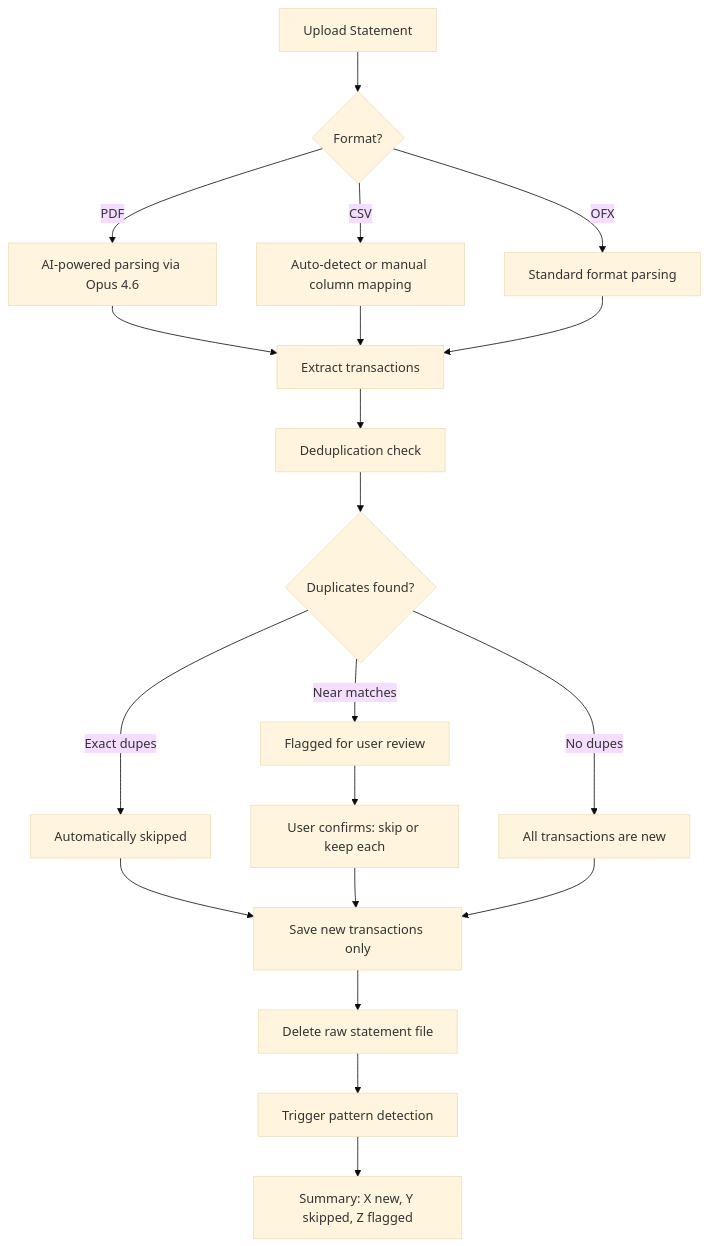
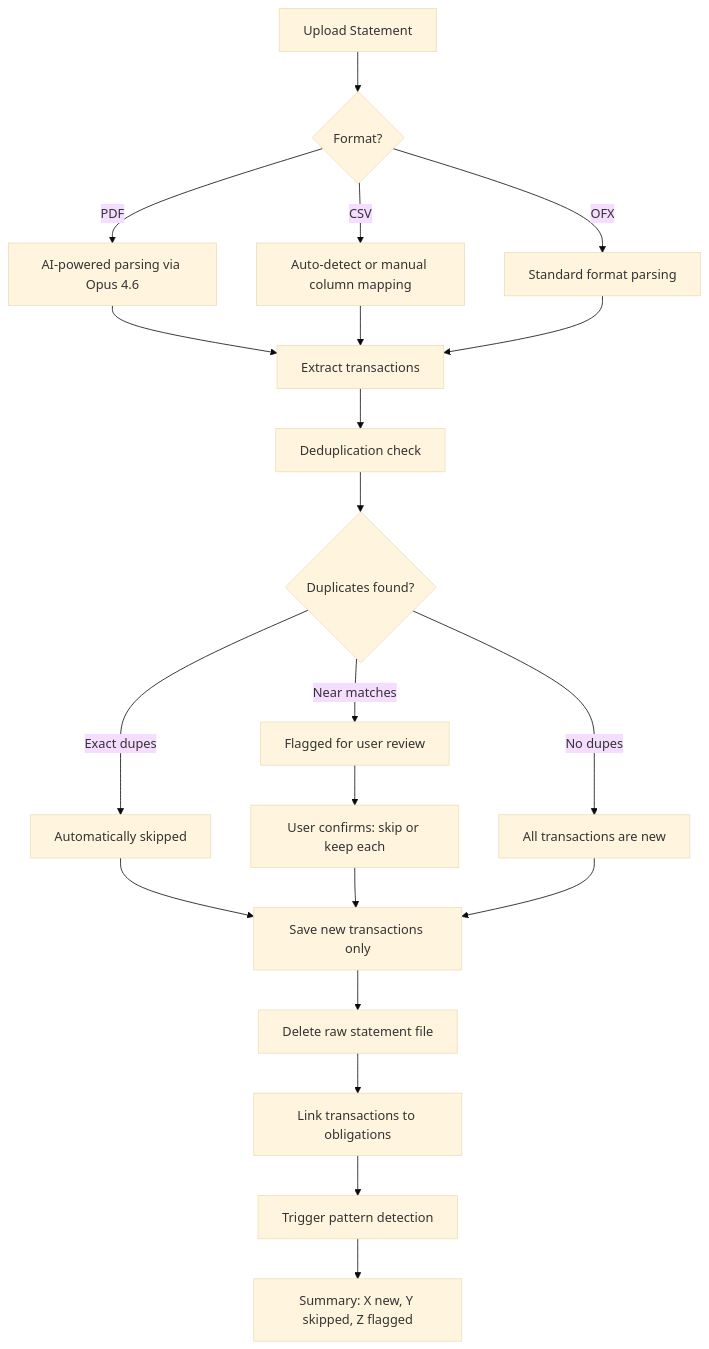
One commit to bendechrai/budget-tracker changed the diagram in specs/05-bank-statement-import.md. Above: the diagram before and after it, drawn with Mermaid (base theme). The commit also changed other lines of this file and 16 other files, not shown here.

First line of the commit message:
Link transactions to obligations via vendor name matching

````diff
--- a/specs/05-bank-statement-import.md
+++ b/specs/05-bank-statement-import.md
@@ -9,22 +9,23 @@
 ```mermaid
 flowchart TD
     A[Upload Statement] --> B{Format?}
     B -->|PDF| C[AI-powered parsing via Opus 4.6]
     B -->|CSV| D[Auto-detect or manual column mapping]
     B -->|OFX| E[Standard format parsing]
     C --> F[Extract transactions]
     D --> F
     E --> F
     F --> G[Deduplication check]
     G --> H{Duplicates found?}
     H -->|Exact dupes| I[Automatically skipped]
     H -->|Near matches| J[Flagged for user review]
     H -->|No dupes| K[All transactions are new]
     I --> L[Save new transactions only]
     J --> M[User confirms: skip or keep each]
     M --> L
     K --> L
     L --> N[Delete raw statement file]
-    N --> O[Trigger pattern detection]
+    N --> N2[Link transactions to obligations]
+    N2 --> O[Trigger pattern detection]
     O --> P[Summary: X new, Y skipped, Z flagged]
 ```
````
